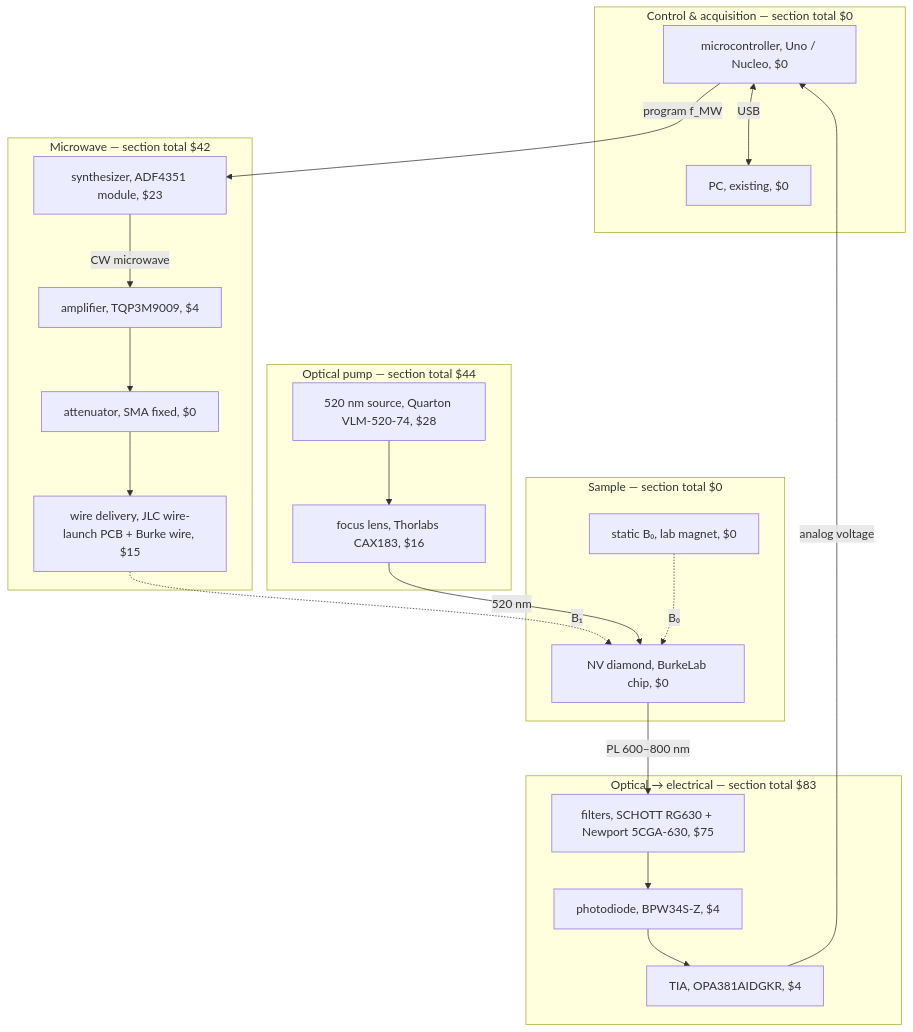
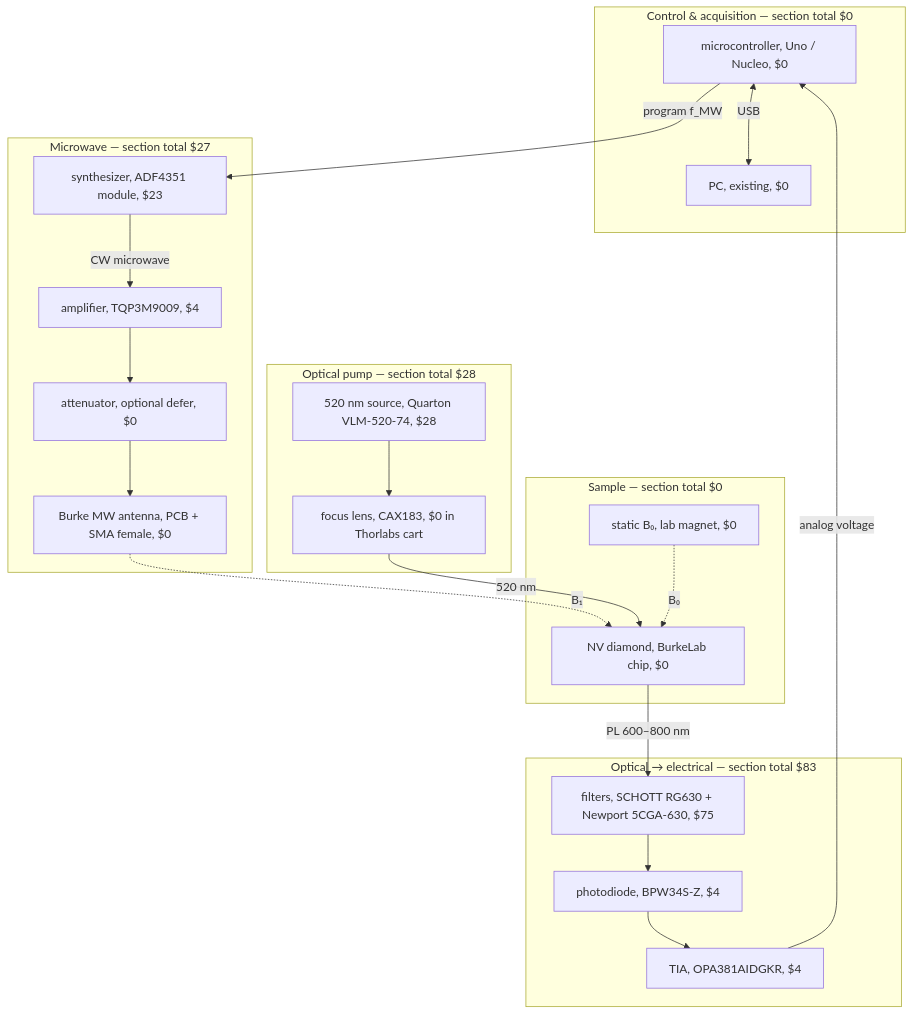
Before and after one commit to apoolla114/easy_qubit: the first of 2 diagrams in misc/diagrams/parts_diagram_cost.md, drawn with Mermaid. The commit also changed other lines of this file and 4 other files, not shown here.

Commit message:
updating diagram to match actual orders

````diff
--- a/misc/diagrams/parts_diagram_cost.md
+++ b/misc/diagrams/parts_diagram_cost.md
@@ -18,41 +18,41 @@
 ```mermaid
 flowchart TB
     subgraph CTRL ["Control & acquisition — section total $0"]
         CTL["microcontroller, Uno / Nucleo, $0"]
         PC["PC, existing, $0"]
         CTL <-->|USB| PC
     end
 
-    subgraph MW ["Microwave — section total $42"]
+    subgraph MW ["Microwave — section total $27"]
         SYN["synthesizer, ADF4351 module, $23"]
         AMP["amplifier, TQP3M9009, $4"]
-        ATT["attenuator, SMA fixed, $0"]
-        DEL["wire delivery, JLC wire-launch PCB + Burke wire, $15"]
+        ATT["attenuator, optional defer, $0"]
+        ANT["Burke MW antenna, PCB + SMA female, $0"]
     end
 
-    subgraph OPT ["Optical pump — section total $44"]
+    subgraph OPT ["Optical pump — section total $28"]
         SRC["520 nm source, Quarton VLM-520-74, $28"]
-        LNS["focus lens, Thorlabs CAX183, $16"]
+        LNS["focus lens, CAX183, $0 in Thorlabs cart"]
     end
 
     subgraph SAMPLE ["Sample — section total $0"]
         DIA["NV diamond, BurkeLab chip, $0"]
         MAG["static B₀, lab magnet, $0"]
     end
 
     subgraph DET ["Optical → electrical — section total $83"]
         FILT["filters, SCHOTT RG630 + Newport 5CGA-630, $75"]
         PD["photodiode, BPW34S-Z, $4"]
         TIA["TIA, OPA381AIDGKR, $4"]
     end
 
     CTL -->|program f_MW| SYN
-    SYN -->|CW microwave| AMP --> ATT --> DEL
-    DEL -.->|B₁| DIA
+    SYN -->|CW microwave| AMP --> ATT --> ANT
+    ANT -.->|B₁| DIA
 
     SRC --> LNS -->|520 nm| DIA
     MAG -.->|B₀| DIA
 
     DIA -->|PL 600–800 nm| FILT --> PD --> TIA
     TIA -->|analog voltage| CTL
 ```
````
